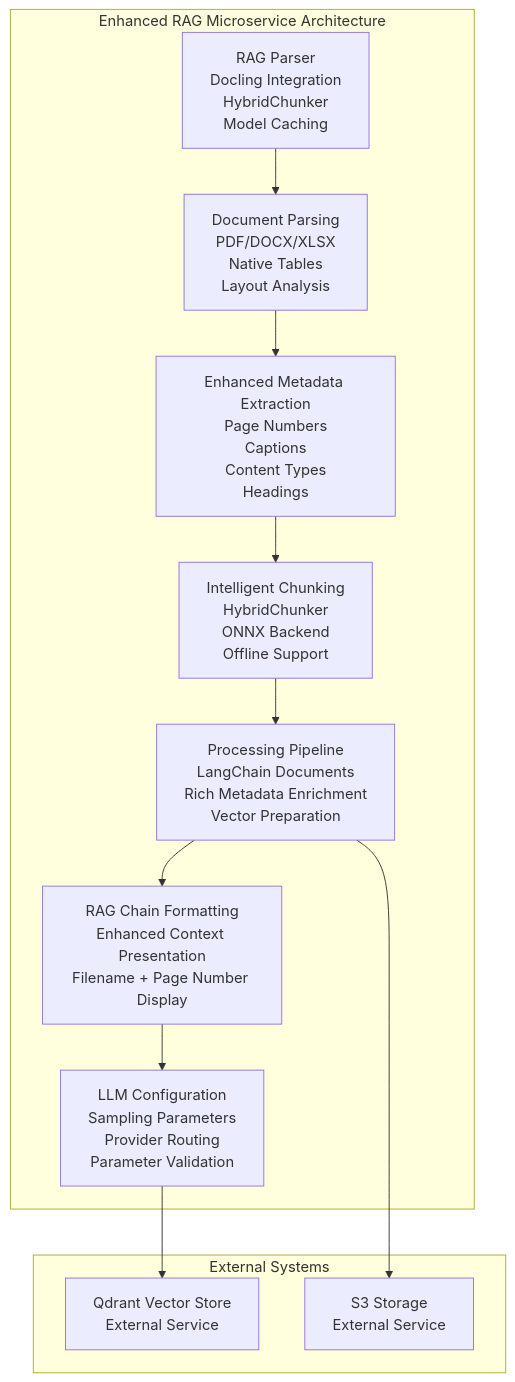
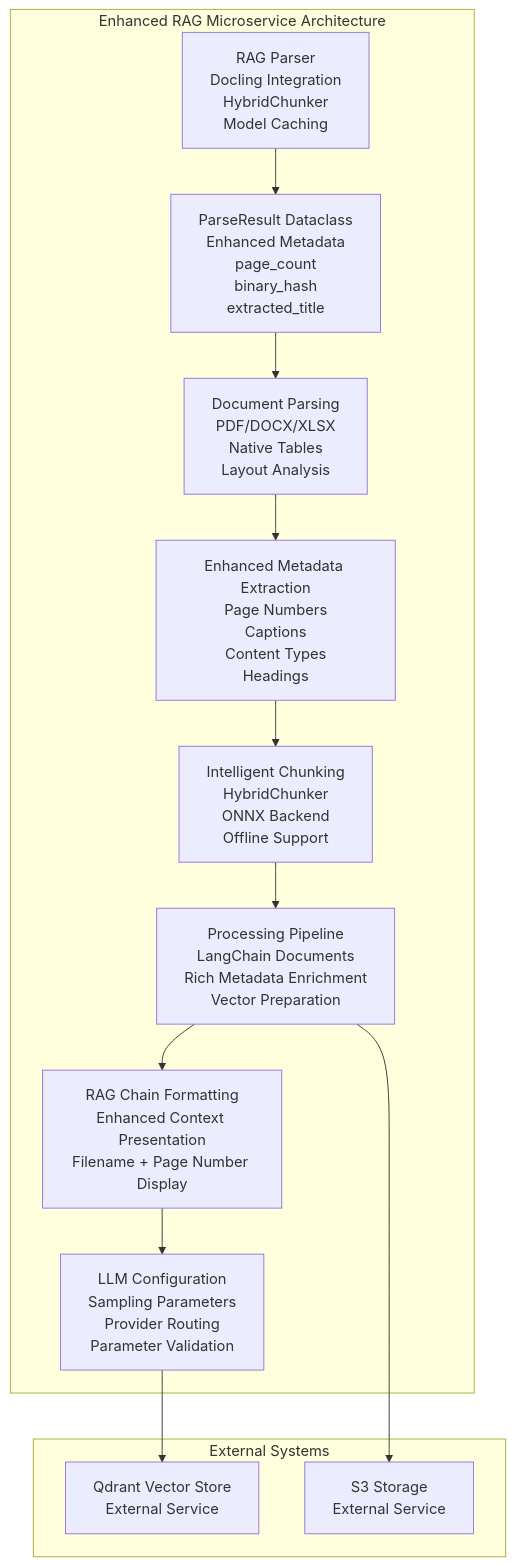
One commit to ognelis/cafetera_hr_bot changed the first of 13 diagrams in .qoder/repowiki/en/content/RAG Integration/RAG Parser Enhancement.md. Above: the diagram before and after it, drawn with Mermaid. The commit also changed other lines of this file and 9 other files, not shown here.

````diff
--- a/.qoder/repowiki/en/content/RAG Integration/RAG Parser Enhancement.md
+++ b/.qoder/repowiki/en/content/RAG Integration/RAG Parser Enhancement.md
@@ -50,24 +51,26 @@
 ```mermaid
 graph TB
 subgraph "Enhanced RAG Microservice Architecture"
 RAG_PARSER["RAG Parser<br/>Docling Integration<br/>HybridChunker<br/>Model Caching"]
+PARSE_RESULT["ParseResult Dataclass<br/>Enhanced Metadata<br/>page_count<br/>binary_hash<br/>extracted_title"]
 DOC_PARSING["Document Parsing<br/>PDF/DOCX/XLSX<br/>Native Tables<br/>Layout Analysis"]
 METADATA_EXTRACTION["Enhanced Metadata Extraction<br/>Page Numbers<br/>Captions<br/>Content Types<br/>Headings"]
 CHUNKING["Intelligent Chunking<br/>HybridChunker<br/>ONNX Backend<br/>Offline Support"]
 PROCESSING["Processing Pipeline<br/>LangChain Documents<br/>Rich Metadata Enrichment<br/>Vector Preparation"]
 RAG_CHAIN["RAG Chain Formatting<br/>Enhanced Context Presentation<br/>Filename + Page Number Display"]
 LLM_CONFIG["LLM Configuration<br/>Sampling Parameters<br/>Provider Routing<br/>Parameter Validation"]
 end
 subgraph "External Systems"
 QDRANT["Qdrant Vector Store<br/>External Service"]
 S3["S3 Storage<br/>External Service"]
 end
-RAG_PARSER --> DOC_PARSING
+RAG_PARSER --> PARSE_RESULT
+PARSE_RESULT --> DOC_PARSING
 DOC_PARSING --> METADATA_EXTRACTION
 METADATA_EXTRACTION --> CHUNKING
 CHUNKING --> PROCESSING
 PROCESSING --> RAG_CHAIN
 RAG_CHAIN --> LLM_CONFIG
 LLM_CONFIG --> QDRANT
 PROCESSING --> S3
 ```
````
